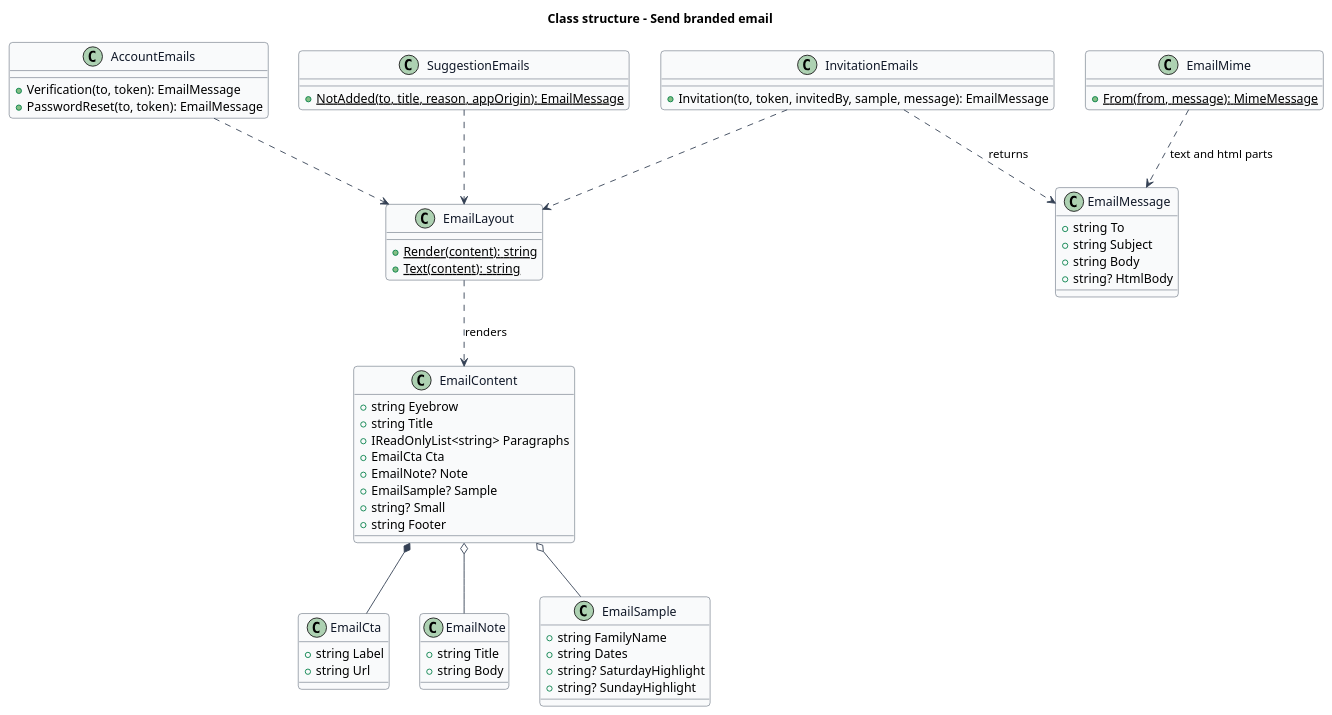
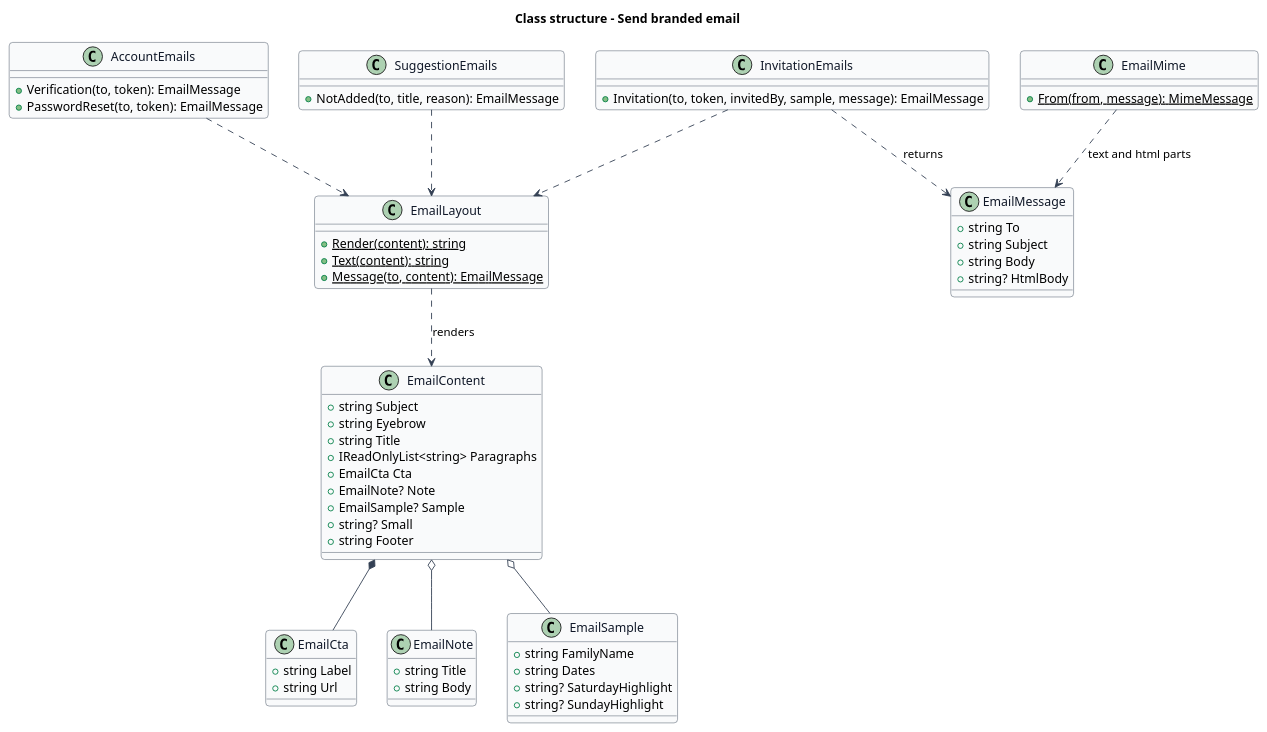
Before and after one commit to QuinntyneBrown/saturdaze: the diagram in docs/detailed-designs/operations/send-branded-email/diagrams/class-structure.puml, drawn with PlantUML. The commit also changed 21 other files, not shown here.

```diff
--- a/docs/detailed-designs/operations/send-branded-email/diagrams/class-structure.puml
+++ b/docs/detailed-designs/operations/send-branded-email/diagrams/class-structure.puml
@@ -1,80 +1,82 @@
 @startuml
 skinparam backgroundColor #FFFFFF
 skinparam shadowing false
 skinparam roundcorner 8
 skinparam defaultFontName Arial
 skinparam ArrowColor #344054
 skinparam class {
   BorderColor #344054
   FontColor #101828
   BackgroundColor #F9FAFB
 }
 title Class structure - Send branded email
 
 class EmailMessage {
   +string To
   +string Subject
   +string Body
   +string? HtmlBody
 }
 
 class EmailContent {
+  +string Subject
   +string Eyebrow
   +string Title
   +IReadOnlyList<string> Paragraphs
   +EmailCta Cta
   +EmailNote? Note
   +EmailSample? Sample
   +string? Small
   +string Footer
 }
 
 class EmailCta {
   +string Label
   +string Url
 }
 
 class EmailNote {
   +string Title
   +string Body
 }
 
 class EmailSample {
   +string FamilyName
   +string Dates
   +string? SaturdayHighlight
   +string? SundayHighlight
 }
 
 class EmailLayout {
   {static} +Render(content): string
   {static} +Text(content): string
+  {static} +Message(to, content): EmailMessage
 }
 
 class InvitationEmails {
   +Invitation(to, token, invitedBy, sample, message): EmailMessage
 }
 
 class AccountEmails {
   +Verification(to, token): EmailMessage
   +PasswordReset(to, token): EmailMessage
 }
 
 class SuggestionEmails {
-  {static} +NotAdded(to, title, reason, appOrigin): EmailMessage
+  +NotAdded(to, title, reason): EmailMessage
 }
 
 class EmailMime {
   {static} +From(from, message): MimeMessage
 }
 
 EmailContent *-- EmailCta
 EmailContent o-- EmailNote
 EmailContent o-- EmailSample
 EmailLayout ..> EmailContent : renders
 InvitationEmails ..> EmailLayout
 AccountEmails ..> EmailLayout
 SuggestionEmails ..> EmailLayout
 InvitationEmails ..> EmailMessage : returns
 EmailMime ..> EmailMessage : text and html parts
 @enduml
```
